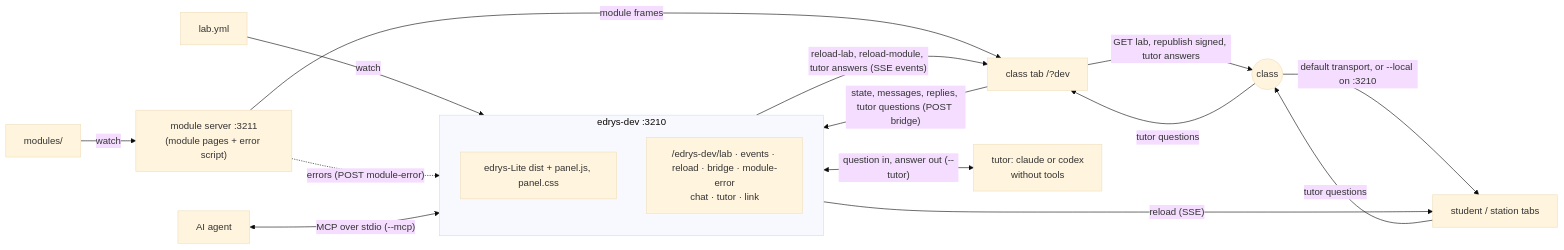
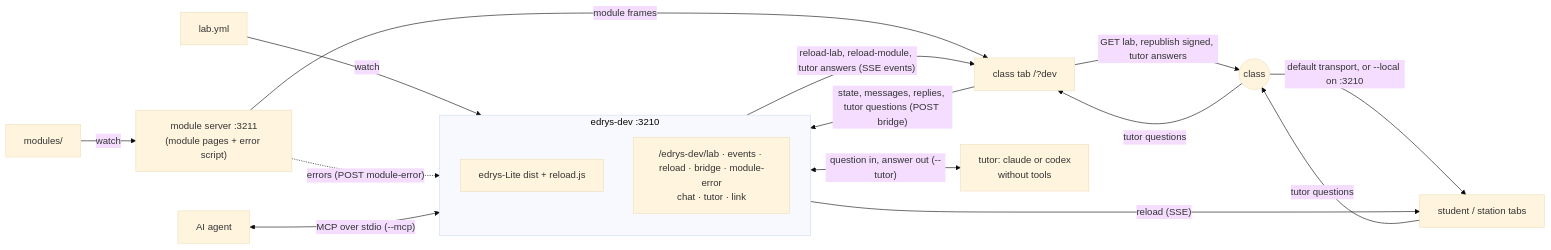
The diagram in README.md (edrys-labs/edrys-devserver), drawn with Mermaid (base theme) before and after one commit. The commit also changed other lines of this file and 1 other file, not shown here.

````diff
--- a/README.md
+++ b/README.md
@@ -232,21 +232,21 @@
 ```mermaid
 flowchart LR
   lab[lab.yml] -- watch --> srv
   mods[modules/] -- watch --> msrv["module server :3211<br/>(module pages + error script)"]
   subgraph srv ["edrys-dev :3210"]
     direction TB
-    static["edrys-Lite dist + panel.js, panel.css"]
+    static["edrys-Lite dist + reload.js"]
     api["/edrys-dev/lab · events · reload · bridge · module-error<br/>chat · tutor · link"]
   end
   srv -- "reload-lab, reload-module, tutor answers (SSE events)" --> tab["class tab /?dev"]
   tab -- "GET lab, republish signed, tutor answers" --> room((class))
   tab -- "state, messages, replies, tutor questions (POST bridge)" --> srv
   msrv -- module frames --> tab
   msrv -. "errors (POST module-error)" .-> srv
   srv -- "reload (SSE)" --> peers
   room -- "default transport, or --local on :3210" --> peers[student / station tabs]
   peers -- "tutor questions" --> room
   room -- "tutor questions" --> tab
   agent[AI agent] <-- "MCP over stdio (--mcp)" --> srv
   srv <-- "question in, answer out (--tutor)" --> tutor["tutor: claude or codex<br/>without tools"]
 ```
````
